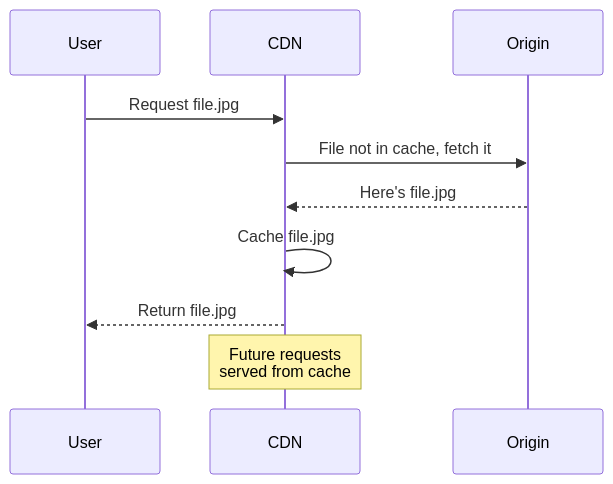
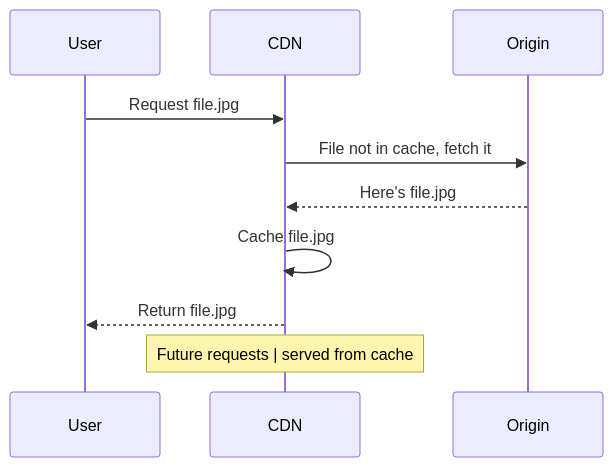
Diagram 15 of 18 in HLD/foundation/06_cdn.md (p1kmr/for-reading), drawn with Mermaid before and after one commit. The commit also changed other lines of this file and 14 other files, not shown here.

Commit message:
Fix Mermaid diagram syntax: Replace <br/> with <br> for GitHub compatibility

````diff
--- a/HLD/foundation/06_cdn.md
+++ b/HLD/foundation/06_cdn.md
@@ -577,10 +577,10 @@
 ```mermaid
 sequenceDiagram
     User->>CDN: Request file.jpg
     CDN->>Origin: File not in cache, fetch it
     Origin-->>CDN: Here's file.jpg
     CDN->>CDN: Cache file.jpg
     CDN-->>User: Return file.jpg
 
-    Note over CDN: Future requests<br/>served from cache
+    Note over CDN: Future requests | served from cache
 ```
````
